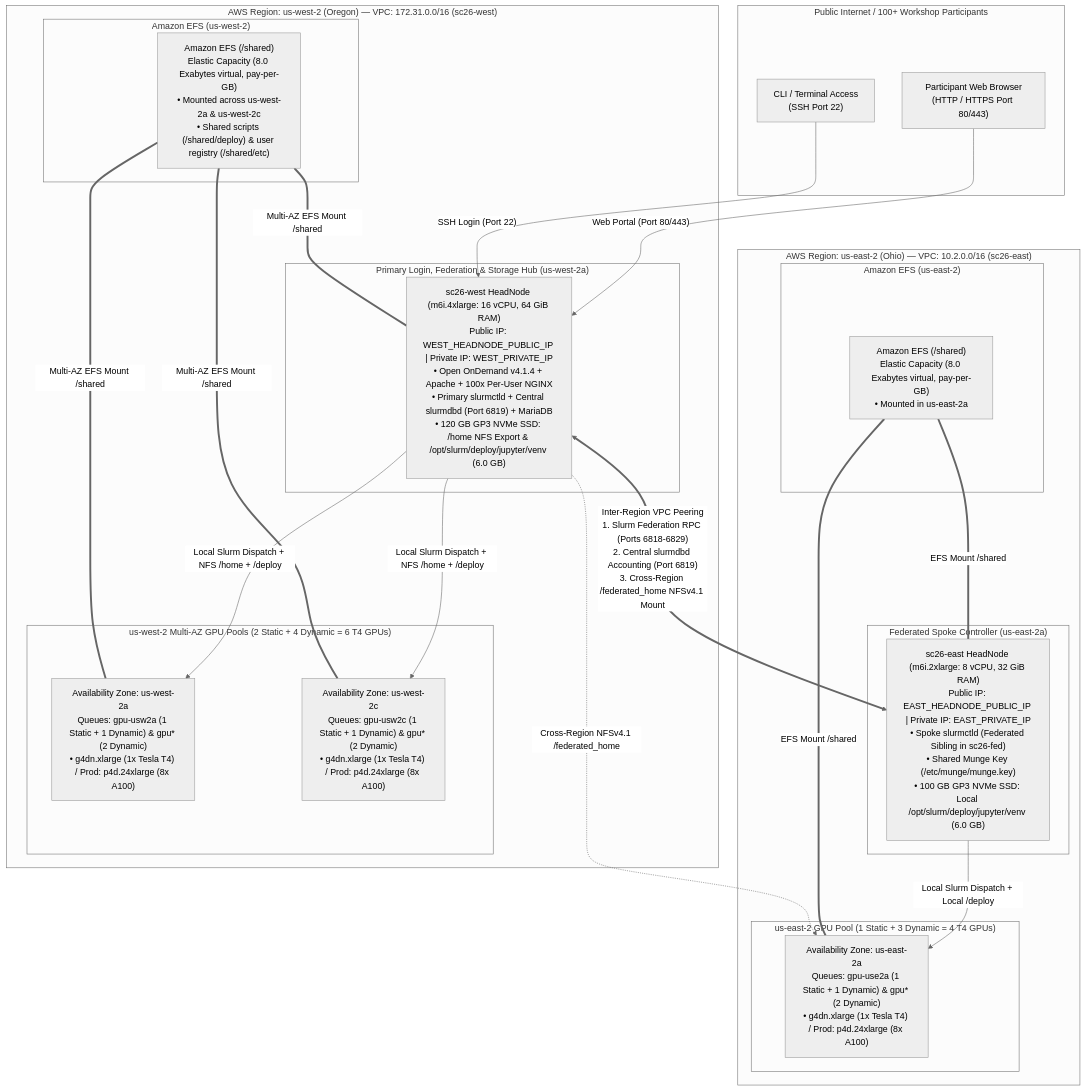
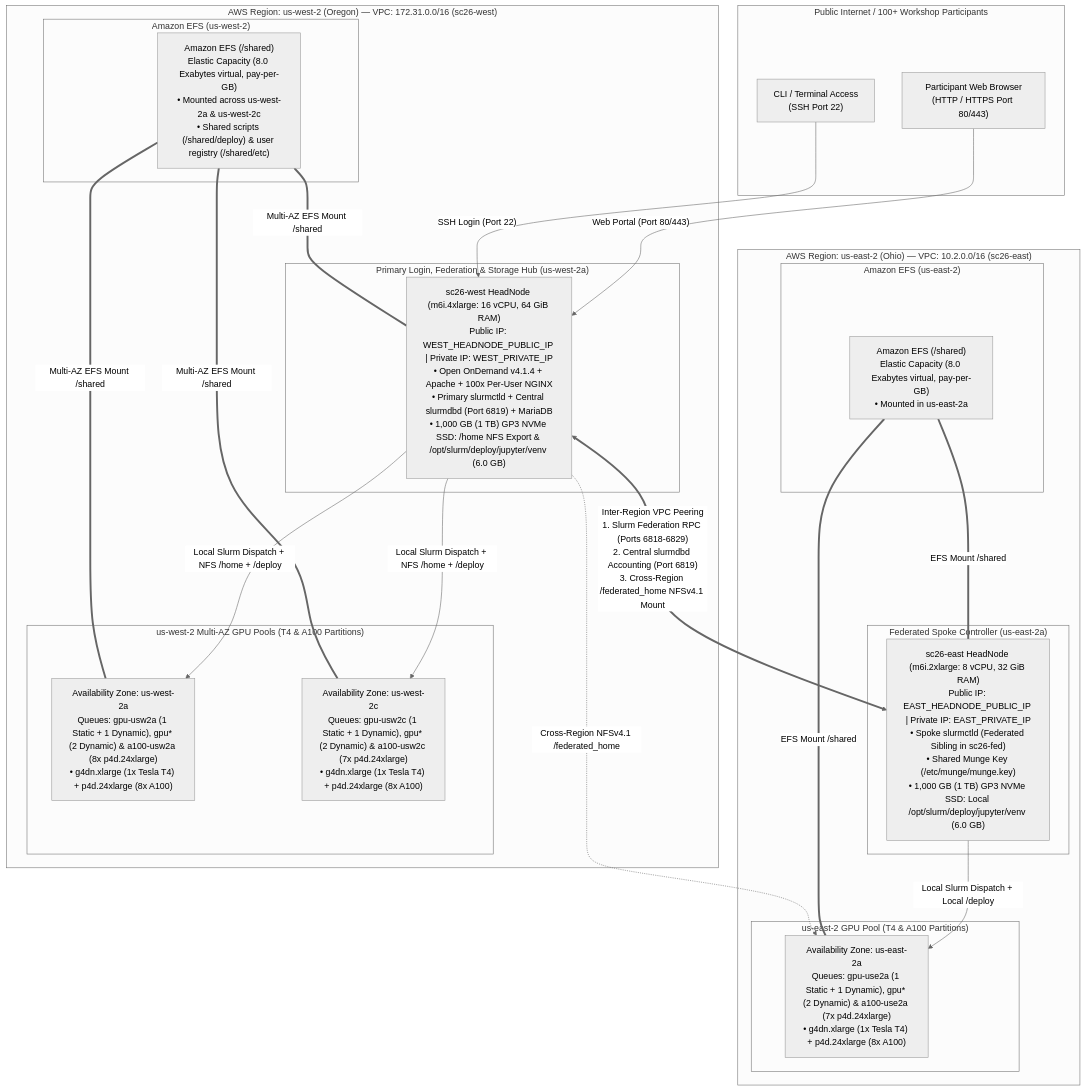
Before and after one commit to fengchenLBL/nersc-sc26-dev: the first of 2 diagrams in SC26_SUMMARY.md, drawn with Mermaid (neutral theme). The commit also changed other lines of this file and 4 other files, not shown here.

````diff
--- a/SC26_SUMMARY.md
+++ b/SC26_SUMMARY.md
@@ -23,52 +23,52 @@
 ```mermaid
 flowchart TD
     subgraph Internet ["Public Internet / 100+ Workshop Participants"]
         UserBrowser["Participant Web Browser<br/>(HTTP / HTTPS Port 80/443)"]
         UserSSH["CLI / Terminal Access<br/>(SSH Port 22)"]
     end
 
     subgraph USWest2 ["AWS Region: us-west-2 (Oregon) — VPC: 172.31.0.0/16 (sc26-west)"]
         subgraph WestHead ["Primary Login, Federation & Storage Hub (us-west-2a)"]
-            HeadNodeWest["sc26-west HeadNode (m6i.4xlarge: 16 vCPU, 64 GiB RAM)<br/>Public IP: WEST_HEADNODE_PUBLIC_IP | Private IP: WEST_PRIVATE_IP<br/>• Open OnDemand v4.1.4 + Apache + 100x Per-User NGINX<br/>• Primary slurmctld + Central slurmdbd (Port 6819) + MariaDB<br/>• 120 GB GP3 NVMe SSD: /home NFS Export & /opt/slurm/deploy/jupyter/venv (6.0 GB)"]
+            HeadNodeWest["sc26-west HeadNode (m6i.4xlarge: 16 vCPU, 64 GiB RAM)<br/>Public IP: WEST_HEADNODE_PUBLIC_IP | Private IP: WEST_PRIVATE_IP<br/>• Open OnDemand v4.1.4 + Apache + 100x Per-User NGINX<br/>• Primary slurmctld + Central slurmdbd (Port 6819) + MariaDB<br/>• 1,000 GB (1 TB) GP3 NVMe SSD: /home NFS Export & /opt/slurm/deploy/jupyter/venv (6.0 GB)"]
         end
 
         subgraph WestEFS ["Amazon EFS (us-west-2)"]
             EFSWest["Amazon EFS (/shared)<br/>Elastic Capacity (8.0 Exabytes virtual, pay-per-GB)<br/>• Mounted across us-west-2a & us-west-2c<br/>• Shared scripts (/shared/deploy) & user registry (/shared/etc)"]
         end
 
-        subgraph WestCompute ["us-west-2 Multi-AZ GPU Pools (2 Static + 4 Dynamic = 6 T4 GPUs)"]
-            WestAZ_A["Availability Zone: us-west-2a<br/>Queues: gpu-usw2a (1 Static + 1 Dynamic) & gpu* (2 Dynamic)<br/>• g4dn.xlarge (1x Tesla T4) / Prod: p4d.24xlarge (8x A100)"]
-            WestAZ_C["Availability Zone: us-west-2c<br/>Queues: gpu-usw2c (1 Static + 1 Dynamic) & gpu* (2 Dynamic)<br/>• g4dn.xlarge (1x Tesla T4) / Prod: p4d.24xlarge (8x A100)"]
+        subgraph WestCompute ["us-west-2 Multi-AZ GPU Pools (T4 & A100 Partitions)"]
+            WestAZ_A["Availability Zone: us-west-2a<br/>Queues: gpu-usw2a (1 Static + 1 Dynamic), gpu* (2 Dynamic) & a100-usw2a (8x p4d.24xlarge)<br/>• g4dn.xlarge (1x Tesla T4) + p4d.24xlarge (8x A100)"]
+            WestAZ_C["Availability Zone: us-west-2c<br/>Queues: gpu-usw2c (1 Static + 1 Dynamic), gpu* (2 Dynamic) & a100-usw2c (7x p4d.24xlarge)<br/>• g4dn.xlarge (1x Tesla T4) + p4d.24xlarge (8x A100)"]
         end
     end
 
     subgraph USEast2 ["AWS Region: us-east-2 (Ohio) — VPC: 10.2.0.0/16 (sc26-east)"]
         subgraph EastHead ["Federated Spoke Controller (us-east-2a)"]
-            HeadNodeEast["sc26-east HeadNode (m6i.2xlarge: 8 vCPU, 32 GiB RAM)<br/>Public IP: EAST_HEADNODE_PUBLIC_IP | Private IP: EAST_PRIVATE_IP<br/>• Spoke slurmctld (Federated Sibling in sc26-fed)<br/>• Shared Munge Key (/etc/munge/munge.key)<br/>• 100 GB GP3 NVMe SSD: Local /opt/slurm/deploy/jupyter/venv (6.0 GB)"]
+            HeadNodeEast["sc26-east HeadNode (m6i.2xlarge: 8 vCPU, 32 GiB RAM)<br/>Public IP: EAST_HEADNODE_PUBLIC_IP | Private IP: EAST_PRIVATE_IP<br/>• Spoke slurmctld (Federated Sibling in sc26-fed)<br/>• Shared Munge Key (/etc/munge/munge.key)<br/>• 1,000 GB (1 TB) GP3 NVMe SSD: Local /opt/slurm/deploy/jupyter/venv (6.0 GB)"]
         end
 
         subgraph EastEFS ["Amazon EFS (us-east-2)"]
             EFSEast["Amazon EFS (/shared)<br/>Elastic Capacity (8.0 Exabytes virtual, pay-per-GB)<br/>• Mounted in us-east-2a"]
         end
 
-        subgraph EastCompute ["us-east-2 GPU Pool (1 Static + 3 Dynamic = 4 T4 GPUs)"]
-            EastAZ_A["Availability Zone: us-east-2a<br/>Queues: gpu-use2a (1 Static + 1 Dynamic) & gpu* (2 Dynamic)<br/>• g4dn.xlarge (1x Tesla T4) / Prod: p4d.24xlarge (8x A100)"]
+        subgraph EastCompute ["us-east-2 GPU Pool (T4 & A100 Partitions)"]
+            EastAZ_A["Availability Zone: us-east-2a<br/>Queues: gpu-use2a (1 Static + 1 Dynamic), gpu* (2 Dynamic) & a100-use2a (7x p4d.24xlarge)<br/>• g4dn.xlarge (1x Tesla T4) + p4d.24xlarge (8x A100)"]
         end
     end
 
     UserBrowser -->|"Web Portal (Port 80/443)"| HeadNodeWest
     UserSSH -->|"SSH Login (Port 22)"| HeadNodeWest
 
     HeadNodeWest -->|"Local Slurm Dispatch + NFS /home + /deploy"| WestAZ_A
     HeadNodeWest -->|"Local Slurm Dispatch + NFS /home + /deploy"| WestAZ_C
     EFSWest ===|"Multi-AZ EFS Mount /shared"| HeadNodeWest
     EFSWest ===|"Multi-AZ EFS Mount /shared"| WestAZ_A
     EFSWest ===|"Multi-AZ EFS Mount /shared"| WestAZ_C
 
     HeadNodeWest <==>|"Inter-Region VPC Peering<br/>1. Slurm Federation RPC (Ports 6818-6829)<br/>2. Central slurmdbd Accounting (Port 6819)<br/>3. Cross-Region /federated_home NFSv4.1 Mount"| HeadNodeEast
 
     HeadNodeEast -->|"Local Slurm Dispatch + Local /deploy"| EastAZ_A
     EFSEast ===|"EFS Mount /shared"| HeadNodeEast
     EFSEast ===|"EFS Mount /shared"| EastAZ_A
     HeadNodeWest -.->|"Cross-Region NFSv4.1 /federated_home"| EastAZ_A
 ```
````
